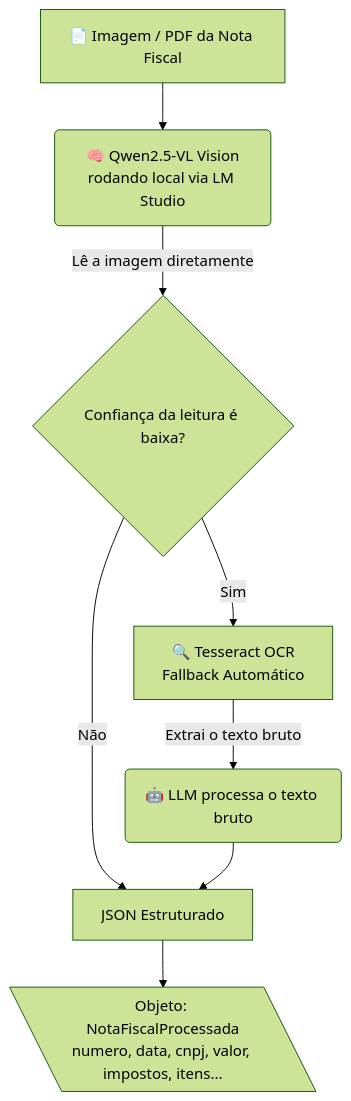
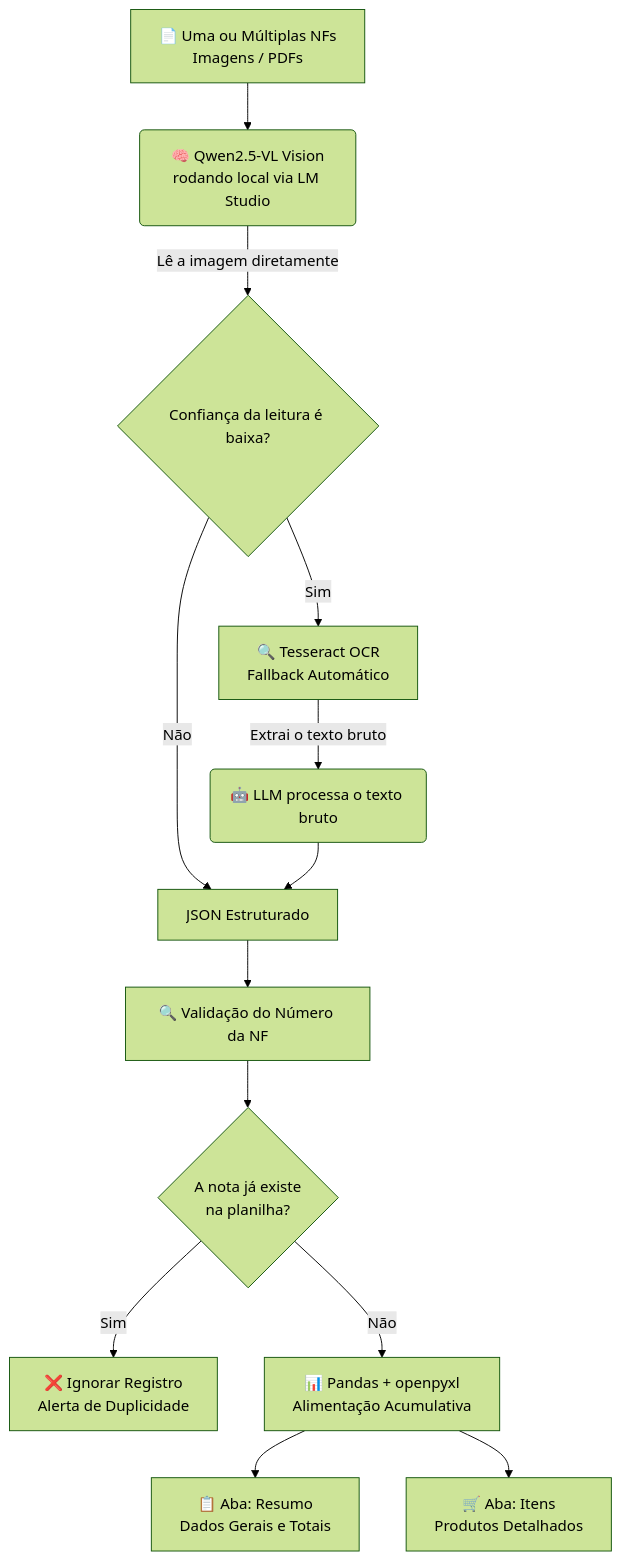
The diagram in README.md (leandrobelo000-afk/ai-fiscal-assistant), drawn with Mermaid (forest theme) before and after one commit. The commit also changed other lines of this file, not shown here.

````diff
--- a/README.md
+++ b/README.md
@@ -23,10 +23,15 @@
 ```mermaid
 flowchart TD
-    A[📄 Imagem / PDF da Nota Fiscal] --> B(🧠 Qwen2.5-VL Vision<br/>rodando local via LM Studio)
+    A[📄 Uma ou Múltiplas NFs<br/>Imagens / PDFs] --> B(🧠 Qwen2.5-VL Vision<br/>rodando local via LM Studio)
     B -- Lê a imagem diretamente --> C{Confiança da leitura é baixa?}
     C -- Não --> D[JSON Estruturado]
     C -- Sim --> E[🔍 Tesseract OCR <br/>Fallback Automático]
     E -- Extrai o texto bruto --> F(🤖 LLM processa o texto bruto)
     F --> D
-    D --> G[\Objeto: NotaFiscalProcessada<br/>numero, data, cnpj, valor, impostos, itens...\]
+    D --> G[🔍 Validação do Número da NF]
+    G --> H{A nota já existe<br/>na planilha?}
+    H -- Sim --> I[❌ Ignorar Registro<br/>Alerta de Duplicidade]
+    H -- Não --> J[📊 Pandas + openpyxl<br/>Alimentação Acumulativa]
+    J --> K[📋 Aba: Resumo<br/>Dados Gerais e Totais]
+    J --> L[🛒 Aba: Itens<br/>Produtos Detalhados]
 ```
````
